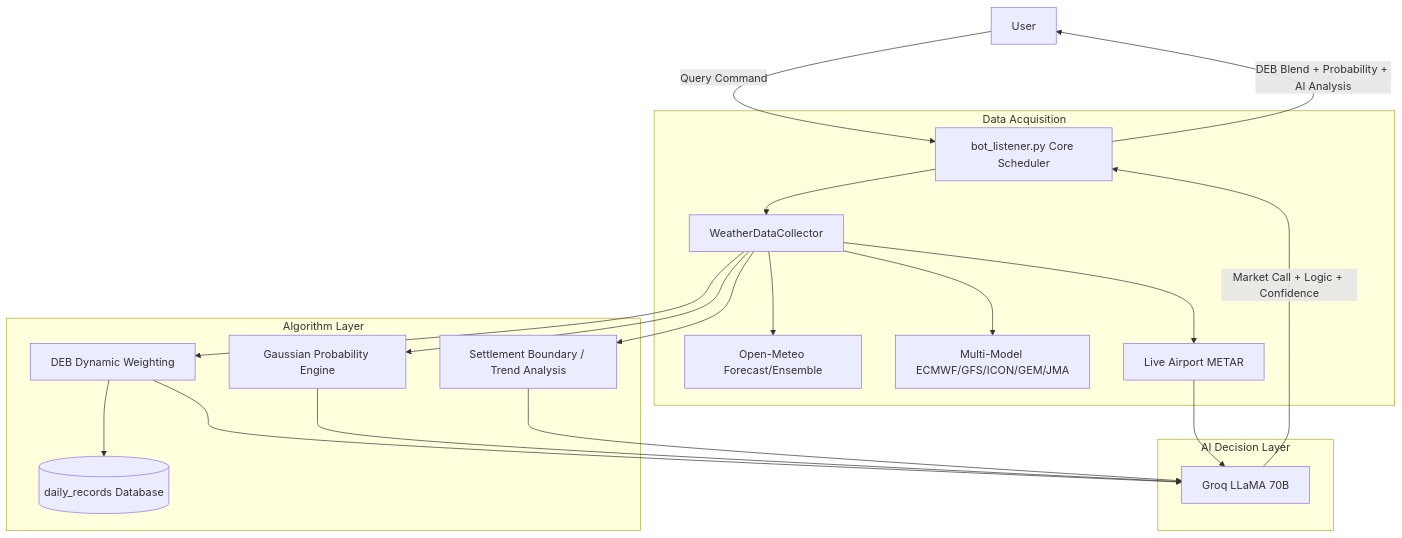
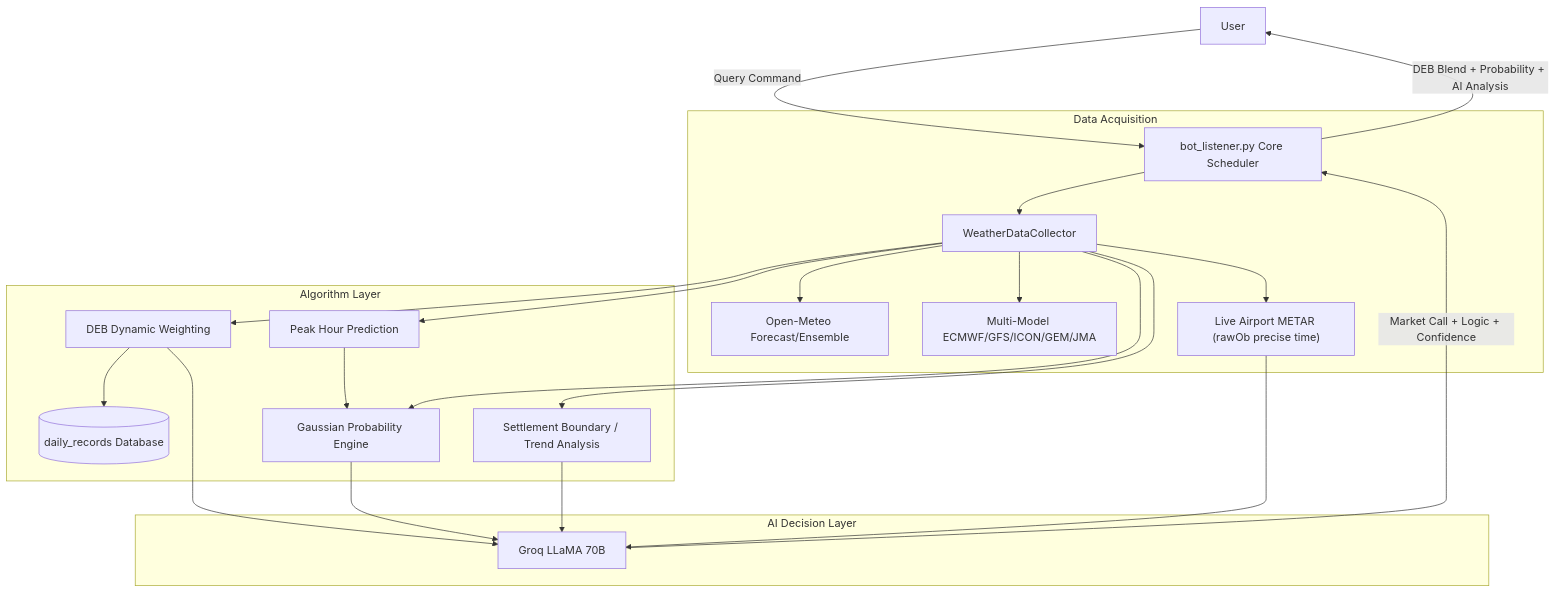
Before and after one commit to yangyuan-zhen/PolyWeather: the diagram in README.md, drawn with Mermaid. The commit also changed other lines of this file and 1 other file, not shown here.

Commit message:
docs: sync with time-decay sigma, rawOb precision, MGM filter, peak-hour arch

````diff
--- a/README.md
+++ b/README.md
@@ -92,28 +101,30 @@
 ```mermaid
 graph TD
     User[User] -->|Query Command| Bot[bot_listener.py Core Scheduler]
 
     subgraph Data Acquisition
         Bot --> Collector[WeatherDataCollector]
         Collector --> OM[Open-Meteo Forecast/Ensemble]
         Collector --> MM[Multi-Model ECMWF/GFS/ICON/GEM/JMA]
-        Collector --> METAR[Live Airport METAR]
+        Collector --> METAR["Live Airport METAR (rawOb precise time)"]
     end
 
     subgraph Algorithm Layer
+        Collector --> Peak[Peak Hour Prediction]
         Collector --> DEB[DEB Dynamic Weighting]
         DEB --> DB[(daily_records Database)]
-        Collector --> Prob[Gaussian Probability Engine]
+        Peak --> Prob[Gaussian Probability Engine]
+        Collector --> Prob
         Collector --> Logic[Settlement Boundary / Trend Analysis]
     end
 
     subgraph AI Decision Layer
         DEB --> AI[Groq LLaMA 70B]
         Prob --> AI
         Logic --> AI
         METAR --> AI
     end
 
     AI -->|Market Call + Logic + Confidence| Bot
     Bot -->|DEB Blend + Probability + AI Analysis| User
 ```
````
